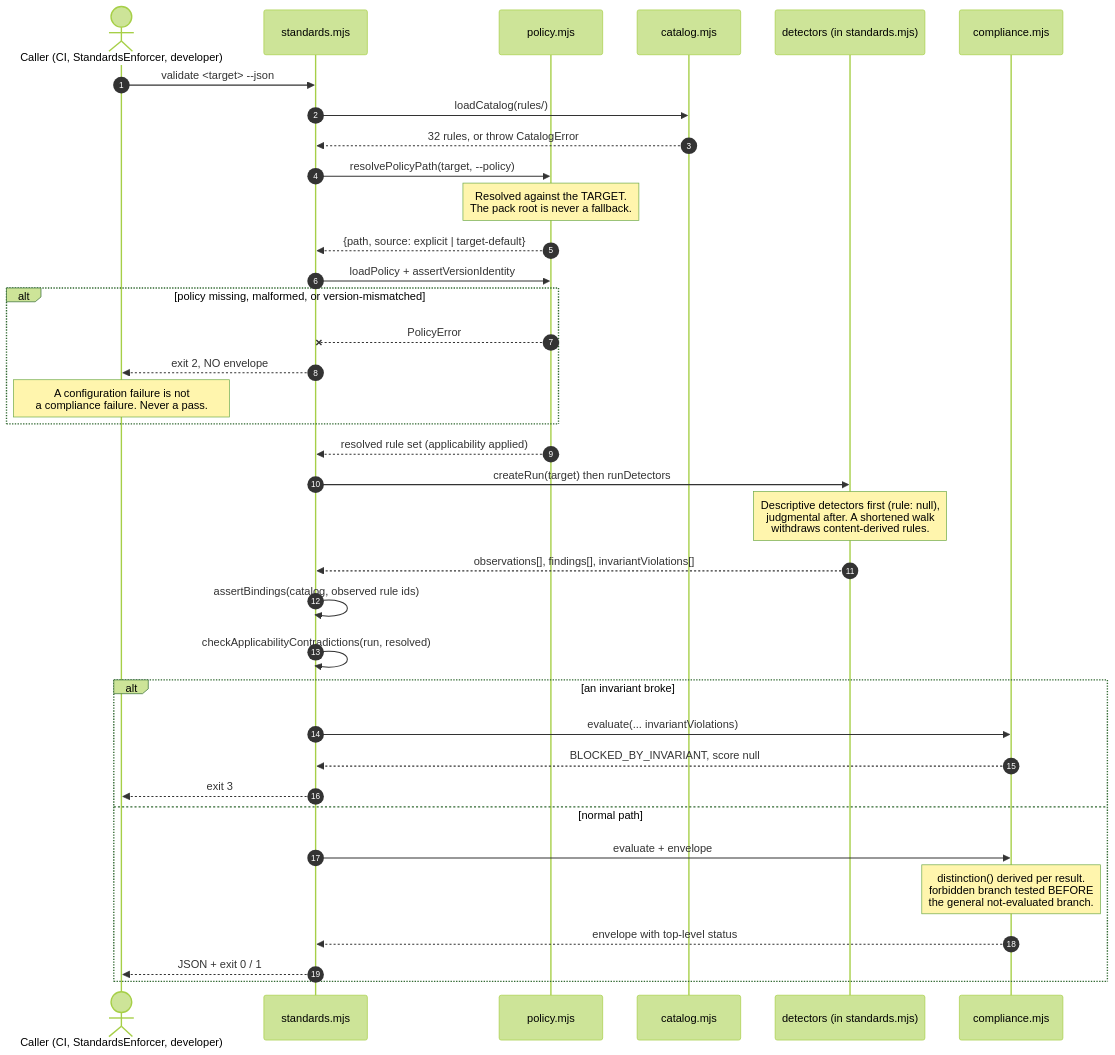
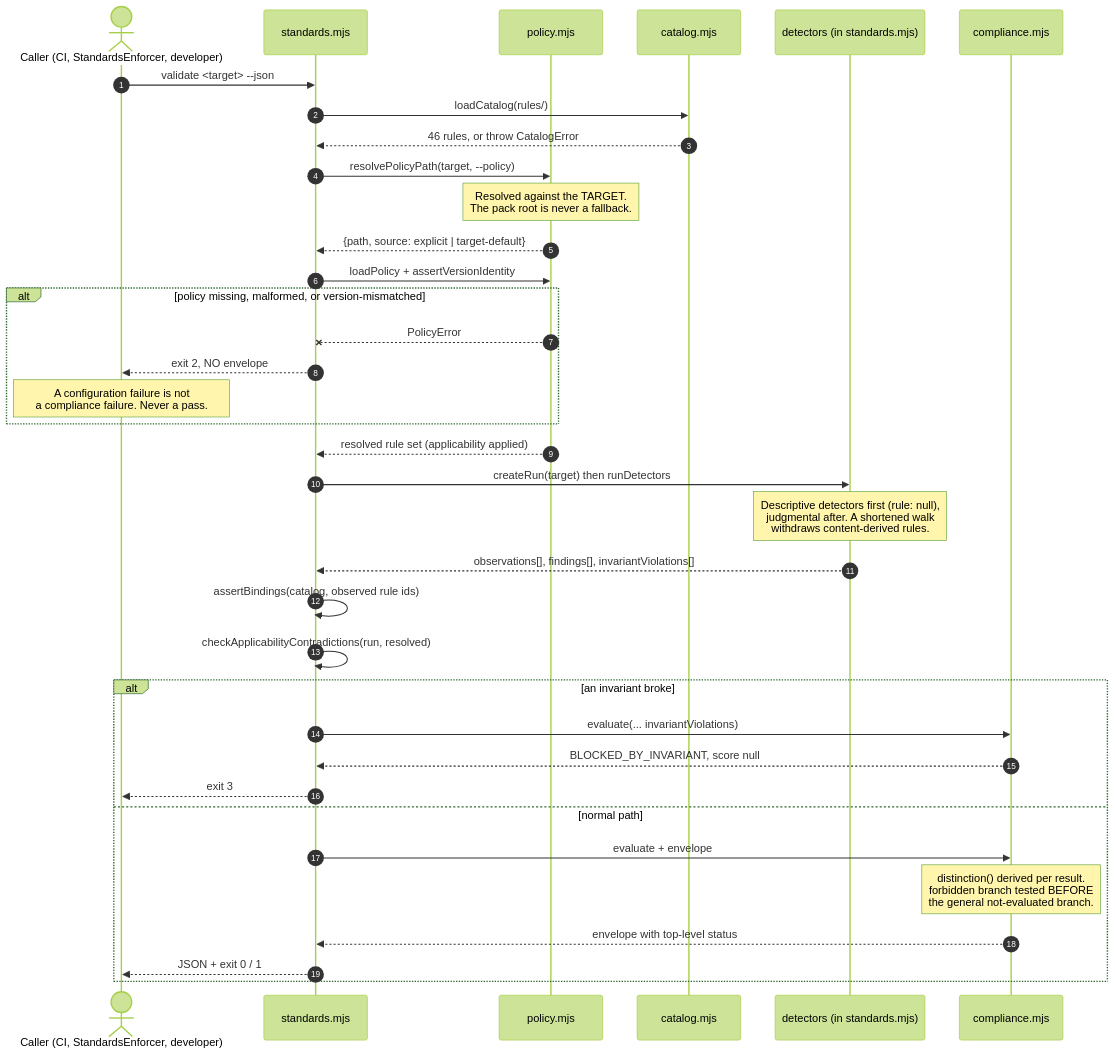
Before and after one commit to mikeycdavis/AIStandards: the diagram in docs/validate-flow.mmd, drawn with Mermaid (forest theme). The commit also changed 38 other files, not shown here.

First line of the commit message:
Standard 09 — Misuse and Abuse Prevention; rule-table coverage check; regenerated architecture

```diff
--- a/docs/validate-flow.mmd
+++ b/docs/validate-flow.mmd
@@ -1,40 +1,40 @@
 sequenceDiagram
     autonumber
     actor Caller as Caller (CI, StandardsEnforcer, developer)
     participant CLI as standards.mjs
     participant Pol as policy.mjs
     participant Cat as catalog.mjs
     participant Det as detectors (in standards.mjs)
     participant Comp as compliance.mjs
 
     Caller->>CLI: validate <target> --json
     CLI->>Cat: loadCatalog(rules/)
-    Cat-->>CLI: 32 rules, or throw CatalogError
+    Cat-->>CLI: 46 rules, or throw CatalogError
     CLI->>Pol: resolvePolicyPath(target, --policy)
     Note over Pol: Resolved against the TARGET.<br/>The pack root is never a fallback.
     Pol-->>CLI: {path, source: explicit | target-default}
     CLI->>Pol: loadPolicy + assertVersionIdentity
 
     alt policy missing, malformed, or version-mismatched
         Pol--xCLI: PolicyError
         CLI-->>Caller: exit 2, NO envelope
         Note over Caller: A configuration failure is not<br/>a compliance failure. Never a pass.
     end
 
     Pol-->>CLI: resolved rule set (applicability applied)
     CLI->>Det: createRun(target) then runDetectors
     Note over Det: Descriptive detectors first (rule: null),<br/>judgmental after. A shortened walk<br/>withdraws content-derived rules.
     Det-->>CLI: observations[], findings[], invariantViolations[]
     CLI->>CLI: assertBindings(catalog, observed rule ids)
     CLI->>CLI: checkApplicabilityContradictions(run, resolved)
 
     alt an invariant broke
         CLI->>Comp: evaluate(... invariantViolations)
         Comp-->>CLI: BLOCKED_BY_INVARIANT, score null
         CLI-->>Caller: exit 3
     else normal path
         CLI->>Comp: evaluate + envelope
         Note over Comp: distinction() derived per result.<br/>forbidden branch tested BEFORE<br/>the general not-evaluated branch.
         Comp-->>CLI: envelope with top-level status
         CLI-->>Caller: JSON + exit 0 / 1
     end
```
